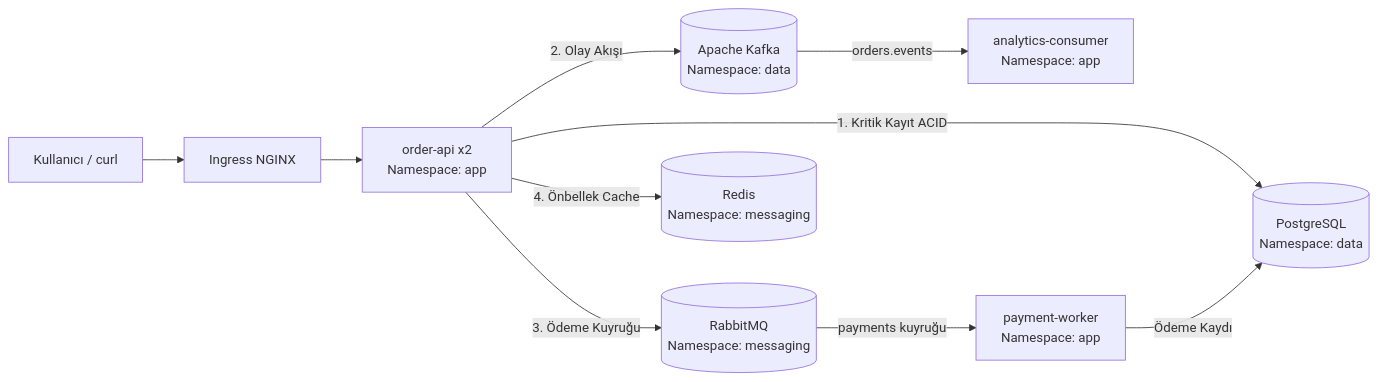
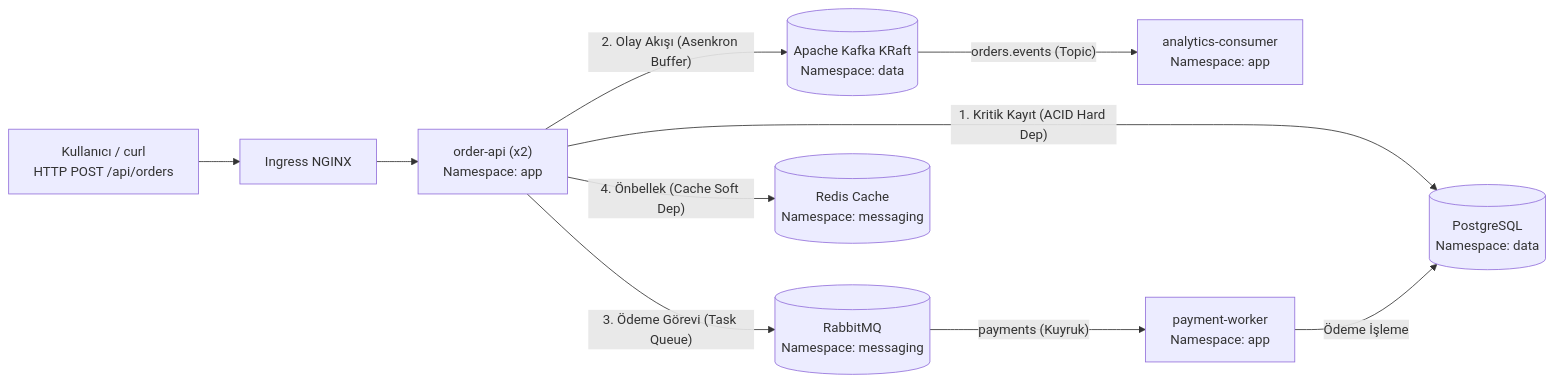
One commit to YusufKaya00/k8sfundamentals changed the first of 2 diagrams in troubleshoot/chaos-troubleshooting-1/README.md. Above: the diagram before and after it, drawn with Mermaid. The commit also changed other lines of this file, not shown here.

````diff
--- a/troubleshoot/chaos-troubleshooting-1/README.md
+++ b/troubleshoot/chaos-troubleshooting-1/README.md
@@ -32,12 +32,12 @@
 ```mermaid
 flowchart LR
-  U[Kullanıcı / curl] --> ING[Ingress NGINX]
-  ING --> API[order-api x2\nNamespace: app]
-  API -->|1. Kritik Kayıt ACID| PG[(PostgreSQL\nNamespace: data)]
-  API -->|2. Olay Akışı| K[(Apache Kafka\nNamespace: data)]
-  API -->|3. Ödeme Kuyruğu| RMQ[(RabbitMQ\nNamespace: messaging)]
-  API -->|4. Önbellek Cache| RD[(Redis\nNamespace: messaging)]
-  K -->|orders.events| AC[analytics-consumer\nNamespace: app]
-  RMQ -->|payments kuyruğu| PW[payment-worker\nNamespace: app]
-  PW -->|Ödeme Kaydı| PG
+  U["Kullanıcı / curl\nHTTP POST /api/orders"] --> ING[Ingress NGINX]
+  ING --> API["order-api (x2)\nNamespace: app"]
+  API -->|"1. Kritik Kayıt (ACID Hard Dep)"| PG[("PostgreSQL\nNamespace: data")]
+  API -->|"2. Olay Akışı (Asenkron Buffer)"| K[("Apache Kafka KRaft\nNamespace: data")]
+  API -->|"3. Ödeme Görevi (Task Queue)"| RMQ[("RabbitMQ\nNamespace: messaging")]
+  API -->|"4. Önbellek (Cache Soft Dep)"| RD[("Redis Cache\nNamespace: messaging")]
+  K -->|"orders.events (Topic)"| AC["analytics-consumer\nNamespace: app"]
+  RMQ -->|"payments (Kuyruk)"| PW["payment-worker\nNamespace: app"]
+  PW -->|"Ödeme İşleme"| PG
 ```
````
